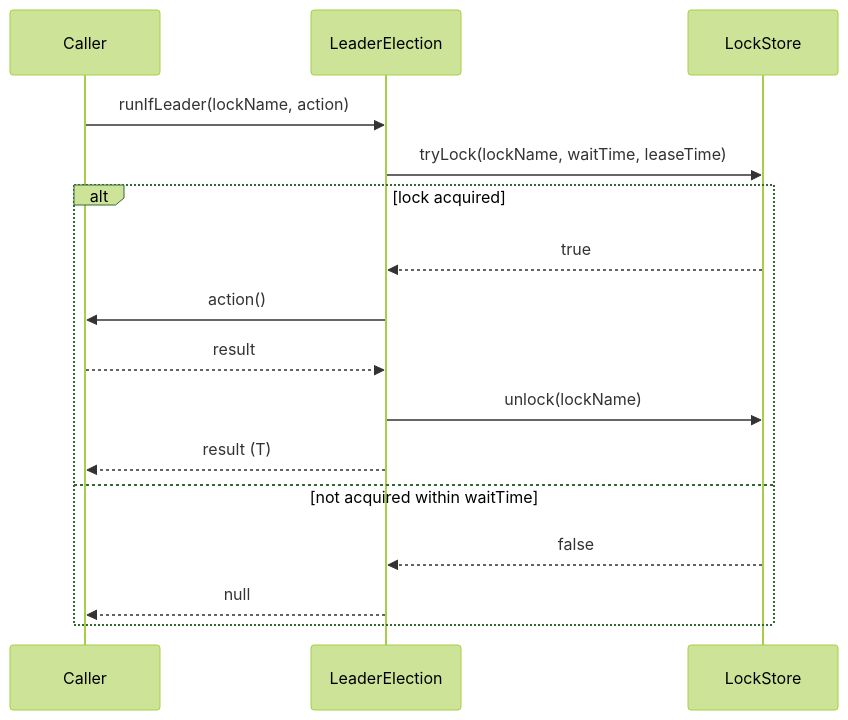
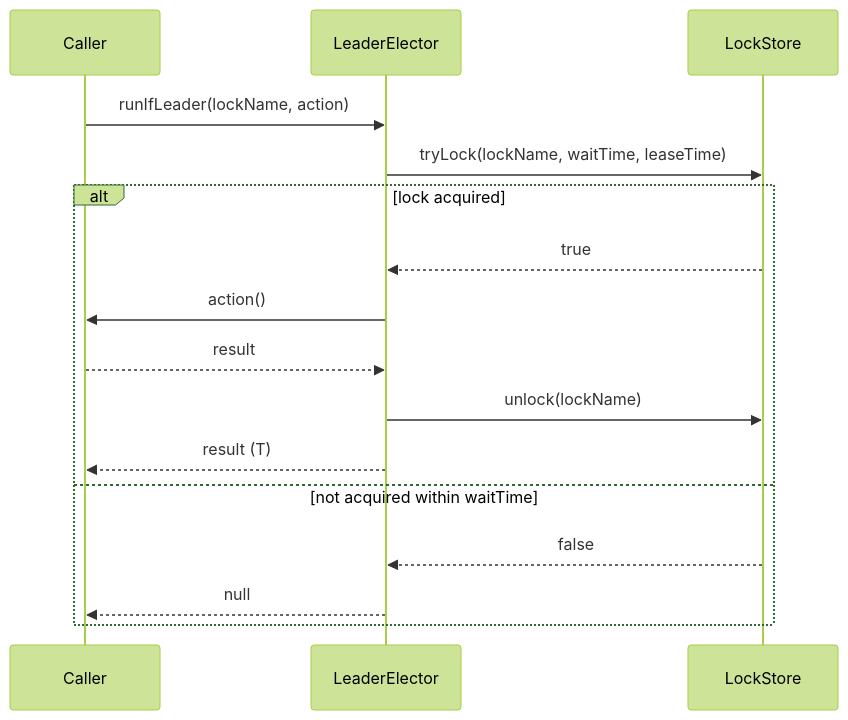
One commit to bluetape4k/bluetape4k-leader changed the second of 3 diagrams in leader-core/README.md. Above: the diagram before and after it, drawn with Mermaid (forest theme). The commit also changed other lines of this file and 79 other files, not shown here.

First line of the commit message:
docs: #100 LeaderElection → LeaderElector 문서 일괄 업데이트 (#123)

````diff
--- a/leader-core/README.md
+++ b/leader-core/README.md
@@ -84,20 +84,20 @@
 ```mermaid
 sequenceDiagram
     participant Caller
-    participant LeaderElection
+    participant LeaderElector
     participant LockStore
 
-    Caller->>LeaderElection: runIfLeader(lockName, action)
-    LeaderElection->>LockStore: tryLock(lockName, waitTime, leaseTime)
+    Caller->>LeaderElector: runIfLeader(lockName, action)
+    LeaderElector->>LockStore: tryLock(lockName, waitTime, leaseTime)
 
     alt lock acquired
-        LockStore-->>LeaderElection: true
-        LeaderElection->>Caller: action()
-        Caller-->>LeaderElection: result
-        LeaderElection->>LockStore: unlock(lockName)
-        LeaderElection-->>Caller: result (T)
+        LockStore-->>LeaderElector: true
+        LeaderElector->>Caller: action()
+        Caller-->>LeaderElector: result
+        LeaderElector->>LockStore: unlock(lockName)
+        LeaderElector-->>Caller: result (T)
     else not acquired within waitTime
-        LockStore-->>LeaderElection: false
-        LeaderElection-->>Caller: null
+        LockStore-->>LeaderElector: false
+        LeaderElector-->>Caller: null
     end
 ```
````
